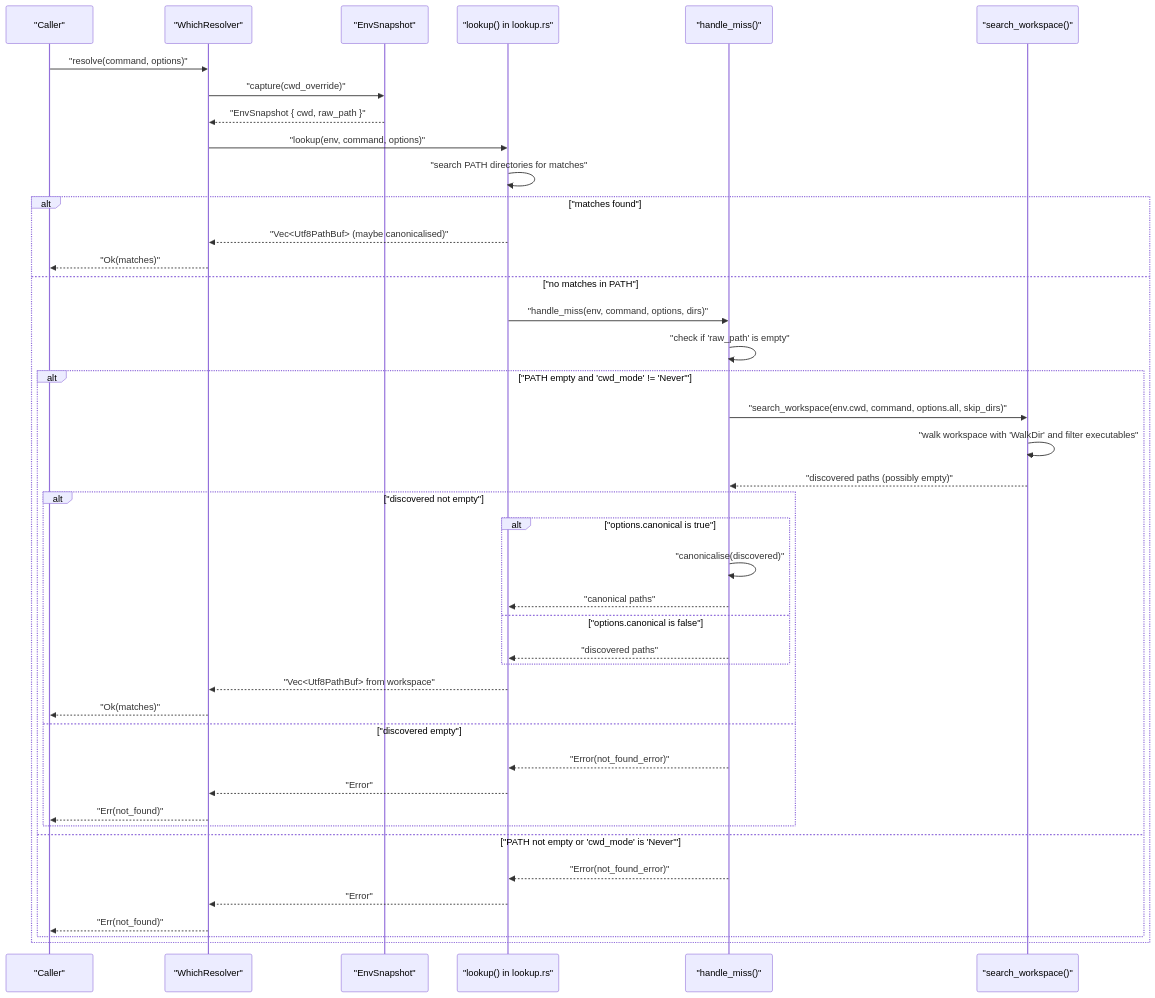
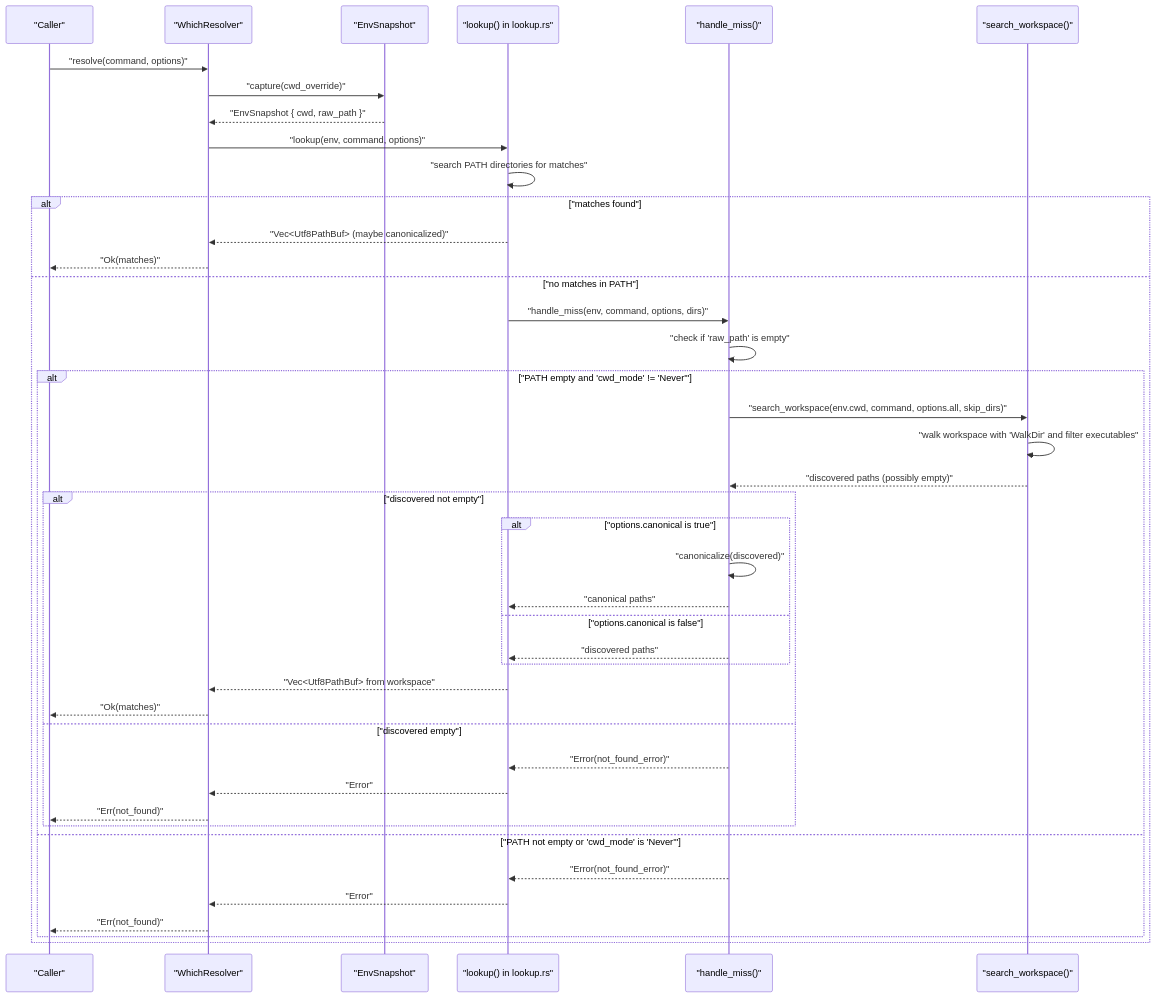
Before and after one commit to leynos/netsuke: the fourth of 13 diagrams in docs/netsuke-design.md, drawn with Mermaid. The commit also changed 11 other files, not shown here.

````diff
--- a/docs/netsuke-design.md
+++ b/docs/netsuke-design.md
@@ -1319,45 +1319,45 @@
 ```mermaid
 sequenceDiagram
     participant "Caller" as "Caller"
     participant "WhichResolver" as "WhichResolver"
     participant "EnvSnapshot" as "EnvSnapshot"
     participant "Lookup" as "lookup() in lookup.rs"
     participant "HandleMiss" as "handle_miss()"
     participant "SearchWorkspace" as "search_workspace()"
 
     "Caller"->>"WhichResolver": "resolve(command, options)"
     "WhichResolver"->>"EnvSnapshot": "capture(cwd_override)"
     "EnvSnapshot"-->>"WhichResolver": "EnvSnapshot { cwd, raw_path }"
     "WhichResolver"->>"Lookup": "lookup(env, command, options)"
     "Lookup"->>"Lookup": "search PATH directories for matches"
     alt "matches found"
-        "Lookup"-->>"WhichResolver": "Vec<Utf8PathBuf> (maybe canonicalised)"
+        "Lookup"-->>"WhichResolver": "Vec<Utf8PathBuf> (maybe canonicalized)"
         "WhichResolver"-->>"Caller": "Ok(matches)"
     else "no matches in PATH"
         "Lookup"->>"HandleMiss": "handle_miss(env, command, options, dirs)"
             "HandleMiss"->>"HandleMiss": "check if 'raw_path' is empty"
         alt "PATH empty and 'cwd_mode' != 'Never'"
             "HandleMiss"->>"SearchWorkspace": "search_workspace(env.cwd, command, options.all, skip_dirs)"
             "SearchWorkspace"->>"SearchWorkspace": "walk workspace with 'WalkDir' and filter executables"
             "SearchWorkspace"-->>"HandleMiss": "discovered paths (possibly empty)"
             alt "discovered not empty"
                 alt "options.canonical is true"
-                    "HandleMiss"->>"HandleMiss": "canonicalise(discovered)"
+                    "HandleMiss"->>"HandleMiss": "canonicalize(discovered)"
                     "HandleMiss"-->>"Lookup": "canonical paths"
                 else "options.canonical is false"
                     "HandleMiss"-->>"Lookup": "discovered paths"
                 end
                 "Lookup"-->>"WhichResolver": "Vec<Utf8PathBuf> from workspace"
                 "WhichResolver"-->>"Caller": "Ok(matches)"
             else "discovered empty"
                 "HandleMiss"-->>"Lookup": "Error(not_found_error)"
                 "Lookup"-->>"WhichResolver": "Error"
                 "WhichResolver"-->>"Caller": "Err(not_found)"
             end
         else "PATH not empty or 'cwd_mode' is 'Never'"
             "HandleMiss"-->>"Lookup": "Error(not_found_error)"
             "Lookup"-->>"WhichResolver": "Error"
             "WhichResolver"-->>"Caller": "Err(not_found)"
         end
     end
 ```
````
